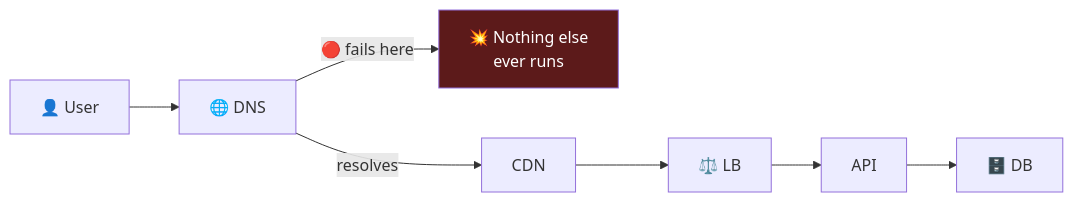
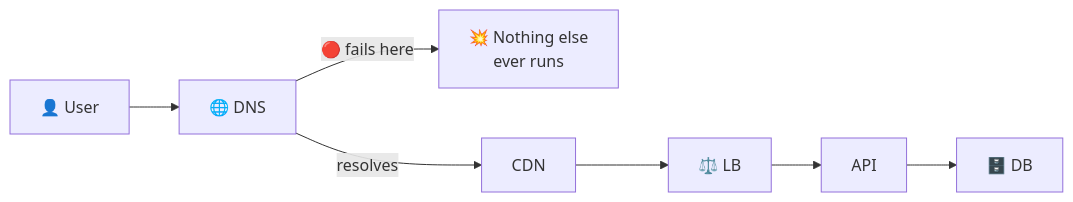
Before and after one commit to muhammedsiinanmp/system-design-mastery: the eighth of 9 diagrams in 03-networking/01-dns/README.md, drawn with Mermaid. The commit also changed other lines of this file, not shown here.

Commit message:
docs(networking): drop mermaid style directives for house consistency

````diff
--- a/03-networking/01-dns/README.md
+++ b/03-networking/01-dns/README.md
@@ -480,7 +478,6 @@
 ```mermaid
 flowchart LR
     U["👤 User"] --> D["🌐 DNS"]
     D -->|"🔴 fails here"| Stop["💥 Nothing else<br/>ever runs"]
     D -->|"resolves"| CDN["CDN"] --> LB["⚖️ LB"] --> API["API"] --> DB["🗄️ DB"]
-    style Stop fill:#5c1a1a,color:#fff
 ```
````
